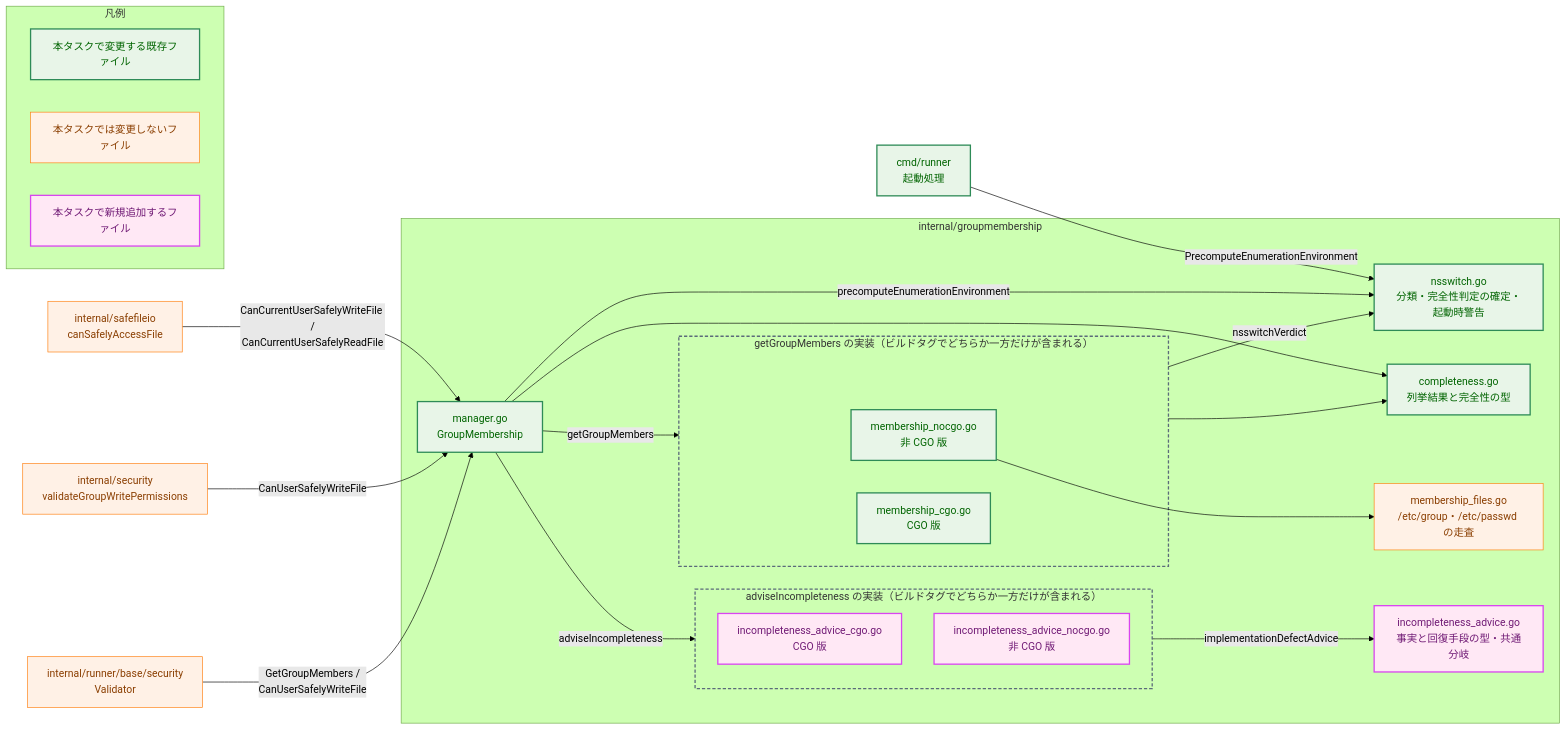
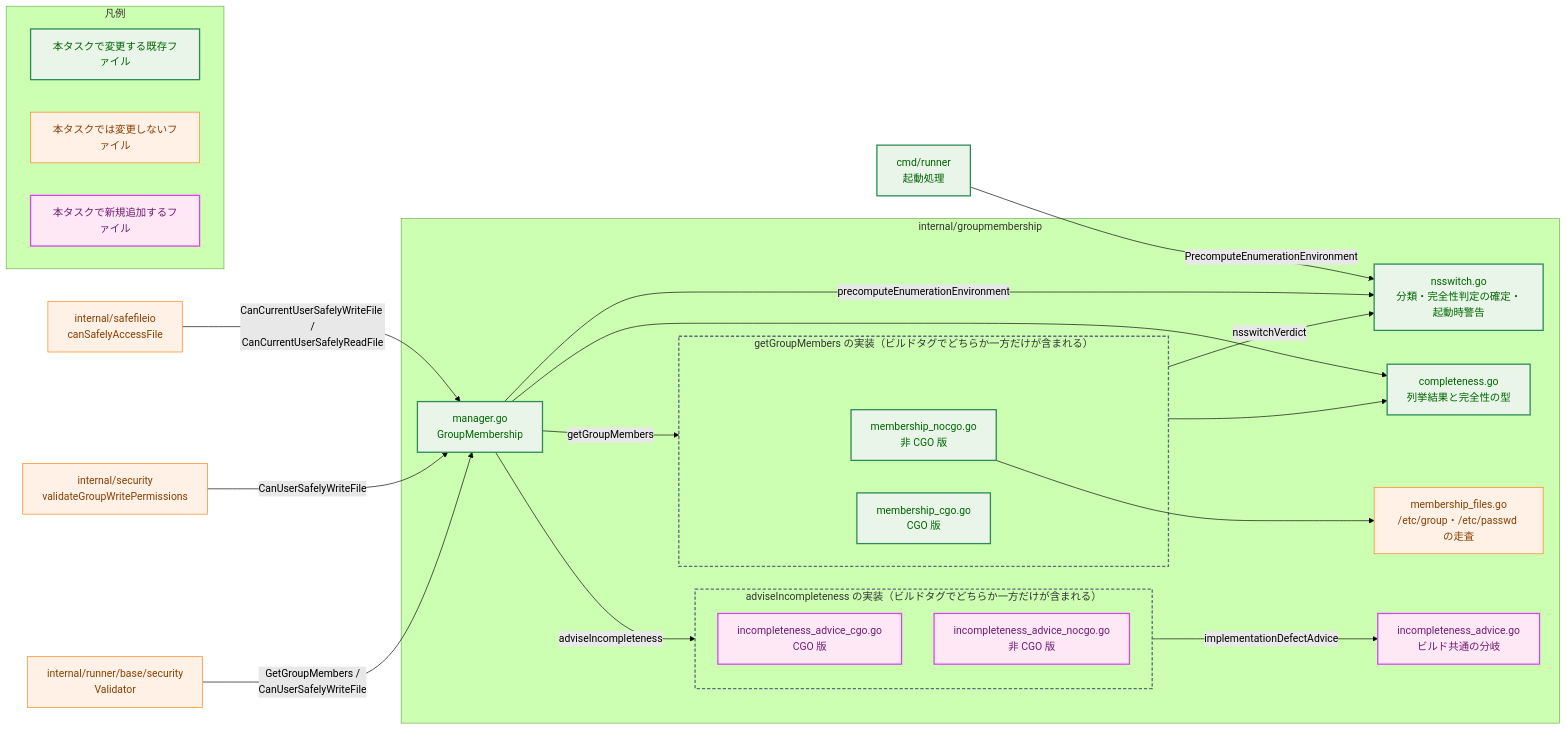
Before and after one commit to isseis/go-safe-cmd-runner: the second of 7 diagrams in docs/tasks/0169_groupmembership_cgo_enumeration_completeness/02_architecture.md, drawn with Mermaid (forest theme).

Commit message:
docs(0169): drop the type from the advice node's label
Every arrow in the §2.1 diagram now names a call, so a node label that
described a type as well as a behaviour was the one place mixing the two
vocabularies. incompleteness_advice.go earns its node through the
implementationDefectAdvice call, which is what the label should say; the
incompletenessAdvice type it also holds is recorded in the §3.6
responsibilities table.

Claude-Session: https://claude.ai/code/session_0198kwB17nNuGJfjRmaV4XaG

````diff
--- a/docs/tasks/0169_groupmembership_cgo_enumeration_completeness/02_architecture.md
+++ b/docs/tasks/0169_groupmembership_cgo_enumeration_completeness/02_architecture.md
@@ -114,53 +114,53 @@
 ```mermaid
 flowchart LR
     classDef data fill:#e6f7ff,stroke:#1f77b4,stroke-width:1px,color:#0b3d91;
     classDef process fill:#fff1e6,stroke:#ff7f0e,stroke-width:1px,color:#8a3e00;
     classDef enhanced fill:#e8f5e8,stroke:#2e8b57,stroke-width:2px,color:#006400;
     classDef newpkg fill:#ffe8f5,stroke:#d946ef,stroke-width:2px,color:#701a75;
 
     SFIO["internal/safefileio<br>canSafelyAccessFile"] -->|"CanCurrentUserSafelyWriteFile /<br>CanCurrentUserSafelyReadFile"| MGR
     DPC["internal/security<br>validateGroupWritePermissions"] -->|"CanUserSafelyWriteFile"| MGR
     RSV["internal/runner/base/security<br>Validator"] -->|"GetGroupMembers /<br>CanUserSafelyWriteFile"| MGR
     RUN["cmd/runner<br>起動処理"] -->|"PrecomputeEnumerationEnvironment"| NSW
 
     subgraph GMP["internal/groupmembership"]
         MGR["manager.go<br>GroupMembership"]
         CMP["completeness.go<br>列挙結果と完全性の型"]
         NSW["nsswitch.go<br>分類・完全性判定の確定・起動時警告"]
         FIL["membership_files.go<br>/etc/group・/etc/passwd の走査"]
-        ADV["incompleteness_advice.go<br>事実と回復手段の型・共通分岐"]
+        ADV["incompleteness_advice.go<br>ビルド共通の分岐"]
 
         subgraph ENUMG["getGroupMembers の実装（ビルドタグでどちらか一方だけが含まれる）"]
             NOC["membership_nocgo.go<br>非 CGO 版"]
             CGO["membership_cgo.go<br>CGO 版"]
         end
 
         subgraph ADVG["adviseIncompleteness の実装（ビルドタグでどちらか一方だけが含まれる）"]
             ADC["incompleteness_advice_cgo.go<br>CGO 版"]
             ADN["incompleteness_advice_nocgo.go<br>非 CGO 版"]
         end
     end
 
     MGR --> CMP
     MGR -->|"precomputeEnumerationEnvironment"| NSW
     MGR -->|"adviseIncompleteness"| ADVG
     ADVG -->|"implementationDefectAdvice"| ADV
     ENUMG --> CMP
     ENUMG -->|"nsswitchVerdict"| NSW
     NOC --> FIL
     MGR -->|"getGroupMembers"| ENUMG
 
     class SFIO,DPC,RSV,FIL process
     class RUN,NSW,CGO,NOC,MGR,CMP enhanced
     class ADV,ADC,ADN newpkg
 
     style ENUMG fill:transparent,stroke:#5b6b7a,stroke-width:2px,stroke-dasharray:5 3;
     style ADVG fill:transparent,stroke:#5b6b7a,stroke-width:2px,stroke-dasharray:5 3;
 
     subgraph Legend["凡例"]
         direction LR
         LG1["本タスクで変更する既存ファイル"]:::enhanced
         LG2["本タスクでは変更しないファイル"]:::process
         LG3["本タスクで新規追加するファイル"]:::newpkg
     end
 ```
````
